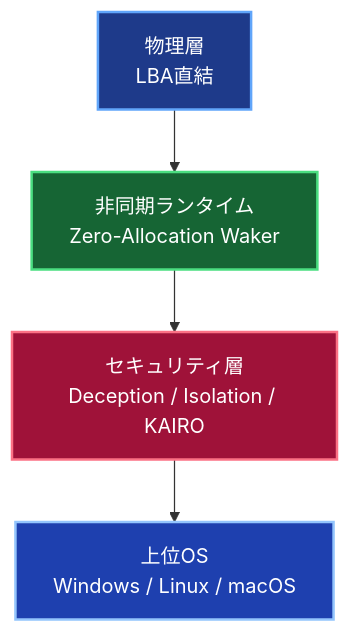
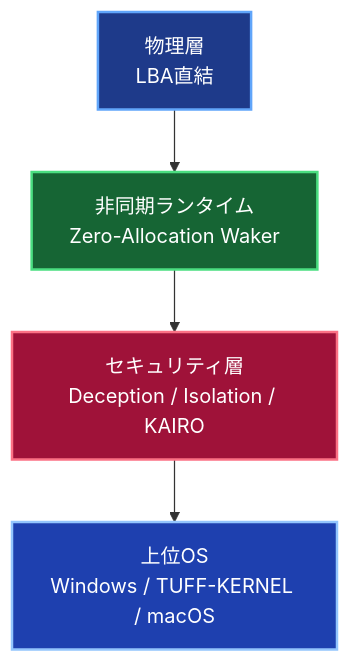
One commit to elementary-particles-Man/TUFF-OS-ISO changed the first of 3 diagrams in archive/v1.0.0/docs/jp/TUFF-OS 総合説明書.md. Above: the diagram before and after it, drawn with Mermaid. The commit also changed other lines of this file and 41 other files, not shown here.

Commit message:
DOCS: Comprehensive overhaul of manuals to reflect Pure Rust Bare-metal Sovereign Core and ZRAM architecture.

````diff
--- a/archive/v1.0.0/docs/jp/TUFF-OS 総合説明書.md
+++ b/archive/v1.0.0/docs/jp/TUFF-OS 総合説明書.md
@@ -29,16 +29,16 @@
 ```mermaid
 flowchart TD
     A[物理層\nLBA直結] --> B[非同期ランタイム\nZero-Allocation Waker]
     B --> C[セキュリティ層\nDeception / Isolation / KAIRO]
-    C --> D[上位OS\nWindows / Linux / macOS]
+    C --> D[上位OS\nWindows / TUFF-KERNEL / macOS]
 
     classDef phys fill:#1e3a8a,color:#fff,stroke:#60a5fa,stroke-width:2px
     classDef async fill:#166534,color:#fff,stroke:#4ade80,stroke-width:2px
     classDef sec fill:#9f1239,color:#fff,stroke:#fb7185,stroke-width:2px
     classDef upper fill:#1e40af,color:#fff,stroke:#93c5fd,stroke-width:2px
 
     class A phys
     class B async
     class C sec
     class D upper
 ```
````
